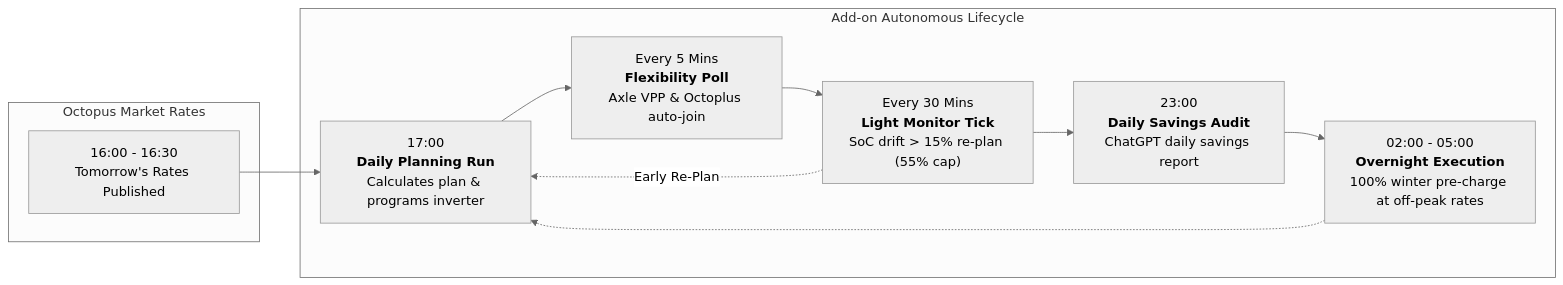
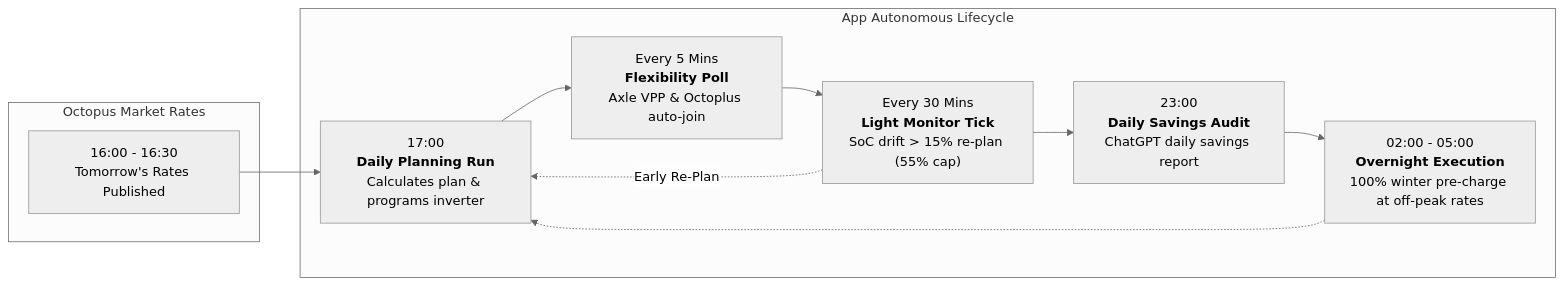
The first of 2 diagrams in ha-addon/DOCS.md (revhawk/GivEnergy_Tracker), drawn with Mermaid (neutral theme) before and after one commit. The commit also changed other lines of this file and 3 other files, not shown here.

````diff
--- a/ha-addon/DOCS.md
+++ b/ha-addon/DOCS.md
@@ -57,22 +57,22 @@
 ```mermaid
 flowchart LR
     subgraph Market["Octopus Market Rates"]
         Rates["16:00 - 16:30<br/>Tomorrow's Rates Published"]
     end
 
-    subgraph Addon["Add-on Autonomous Lifecycle"]
+    subgraph Addon["App Autonomous Lifecycle"]
         Plan["17:00<br/><b>Daily Planning Run</b><br/>Calculates plan & programs inverter"]
         Flex["Every 5 Mins<br/><b>Flexibility Poll</b><br/>Axle VPP & Octoplus auto-join"]
         Drift["Every 30 Mins<br/><b>Light Monitor Tick</b><br/>SoC drift > 15% re-plan (55% cap)"]
         Audit["23:00<br/><b>Daily Savings Audit</b><br/>ChatGPT daily savings report"]
         Charge["02:00 - 05:00<br/><b>Overnight Execution</b><br/>100% winter pre-charge at off-peak rates"]
     end
 
     Rates --> Plan
     Plan --> Flex
     Flex --> Drift
     Drift -.->|Early Re-Plan| Plan
     Drift --> Audit
     Audit --> Charge
     Charge -.-> Plan
 ```
````
